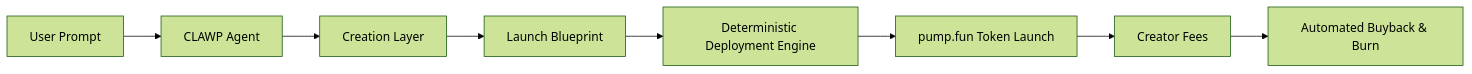
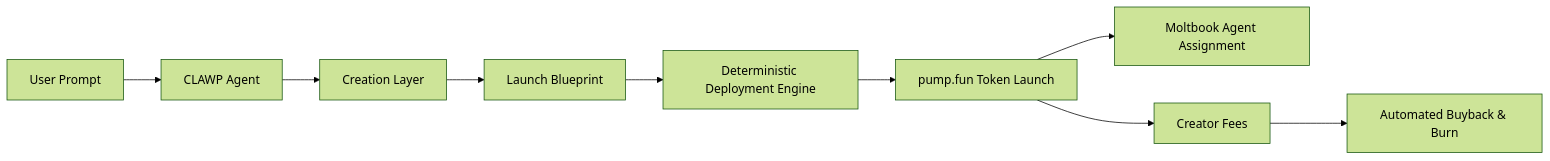
The diagram in profile/README.md (Clawpad/.github), drawn with Mermaid (forest theme) before and after one commit. The commit also changed other lines of this file, not shown here.

Commit message:
feat: v2 rewrite ClawPad agent architecture, skills, and platform flow

````diff
--- a/profile/README.md
+++ b/profile/README.md
@@ -36,10 +40,11 @@
-```mermaid
-flowchart LR
+ ```mermaid
+graph LR
     U[User Prompt] --> A[CLAWP Agent]
     A --> C[Creation Layer]
     C --> B[Launch Blueprint]
     B --> D[Deterministic Deployment Engine]
     D --> P[pump.fun Token Launch]
+    P --> M[Moltbook Agent Assignment]
     P --> F[Creator Fees]
     F --> BB[Automated Buyback & Burn]
 ```
````
